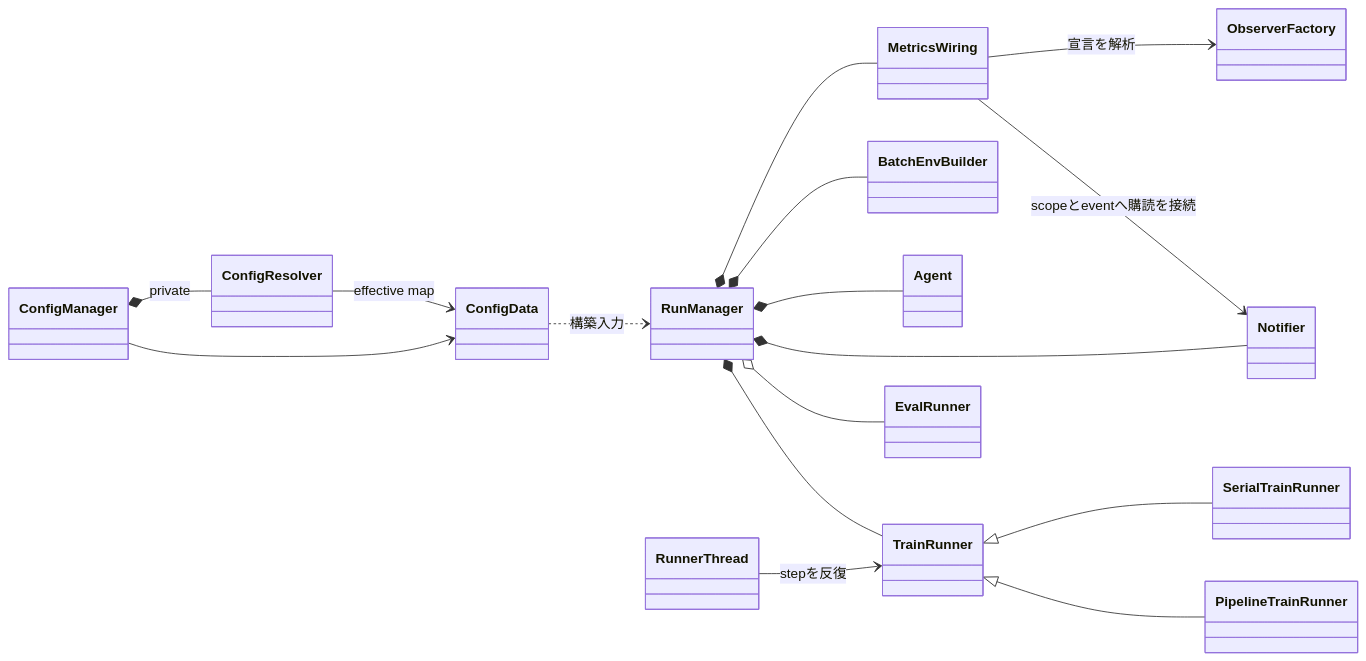
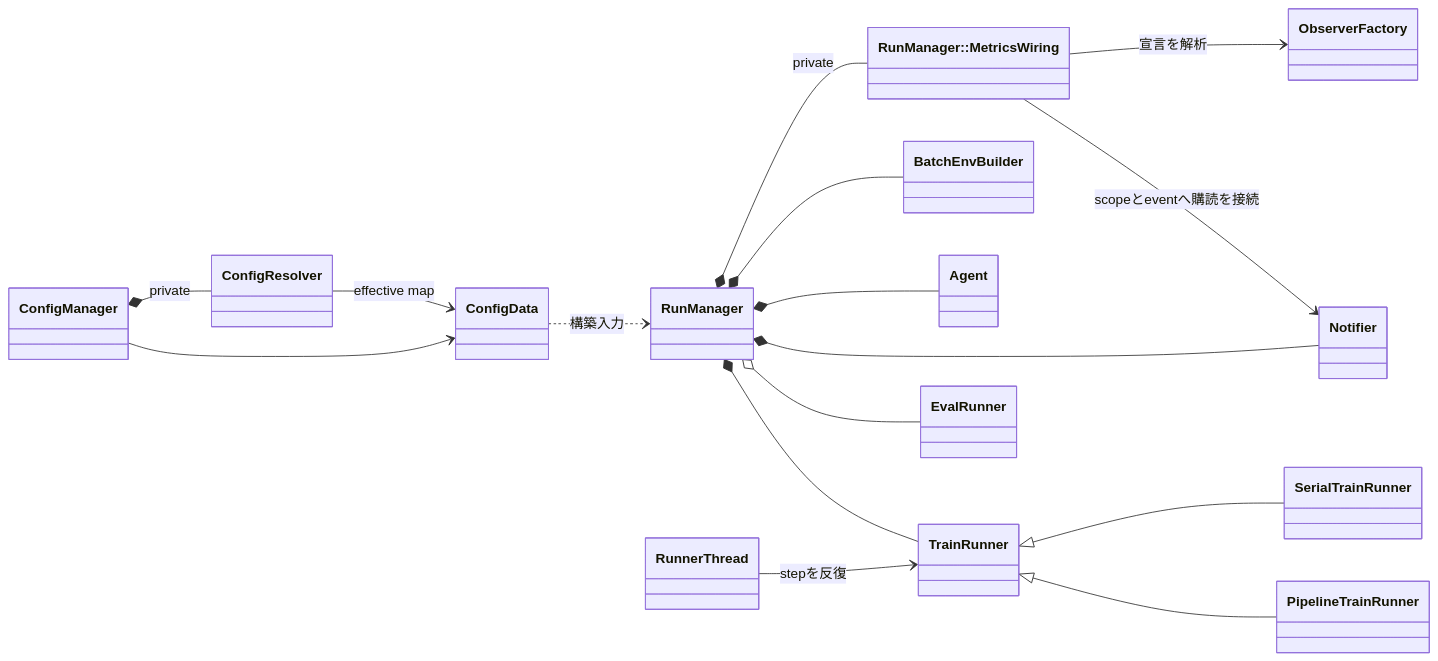
Before and after one commit to kazukin123/anet-lab: the first of 4 diagrams in docs/design/100_runtime_and_configuration.jp.md, drawn with Mermaid. The commit also changed other lines of this file and 40 other files, not shown here.

````diff
--- a/docs/design/100_runtime_and_configuration.jp.md
+++ b/docs/design/100_runtime_and_configuration.jp.md
@@ -120,35 +120,35 @@
 ```mermaid
 classDiagram
 direction LR
 
 class ConfigManager
 class ConfigResolver
 class ConfigData
 class RunManager
-class MetricsWiring
+class RunManagerMetricsWiring["RunManager::MetricsWiring"]
 class ObserverFactory
 class BatchEnvBuilder
 class Agent
 class Notifier
 class TrainRunner
 class SerialTrainRunner
 class PipelineTrainRunner
 class EvalRunner
 class RunnerThread
 
 ConfigManager *-- ConfigResolver : private
 ConfigResolver --> ConfigData : effective map
 ConfigManager --> ConfigData
 ConfigData ..> RunManager : 構築入力
 RunManager *-- BatchEnvBuilder
 RunManager *-- Agent
-RunManager *-- MetricsWiring
-MetricsWiring --> ObserverFactory : 宣言を解析
-MetricsWiring --> Notifier : scopeとeventへ購読を接続
+RunManager *-- RunManagerMetricsWiring : private
+RunManagerMetricsWiring --> ObserverFactory : 宣言を解析
+RunManagerMetricsWiring --> Notifier : scopeとeventへ購読を接続
 RunManager *-- Notifier
 RunManager *-- TrainRunner
 RunManager o-- EvalRunner
 TrainRunner <|-- SerialTrainRunner
 TrainRunner <|-- PipelineTrainRunner
 RunnerThread --> TrainRunner : stepを反復
 ```
````
